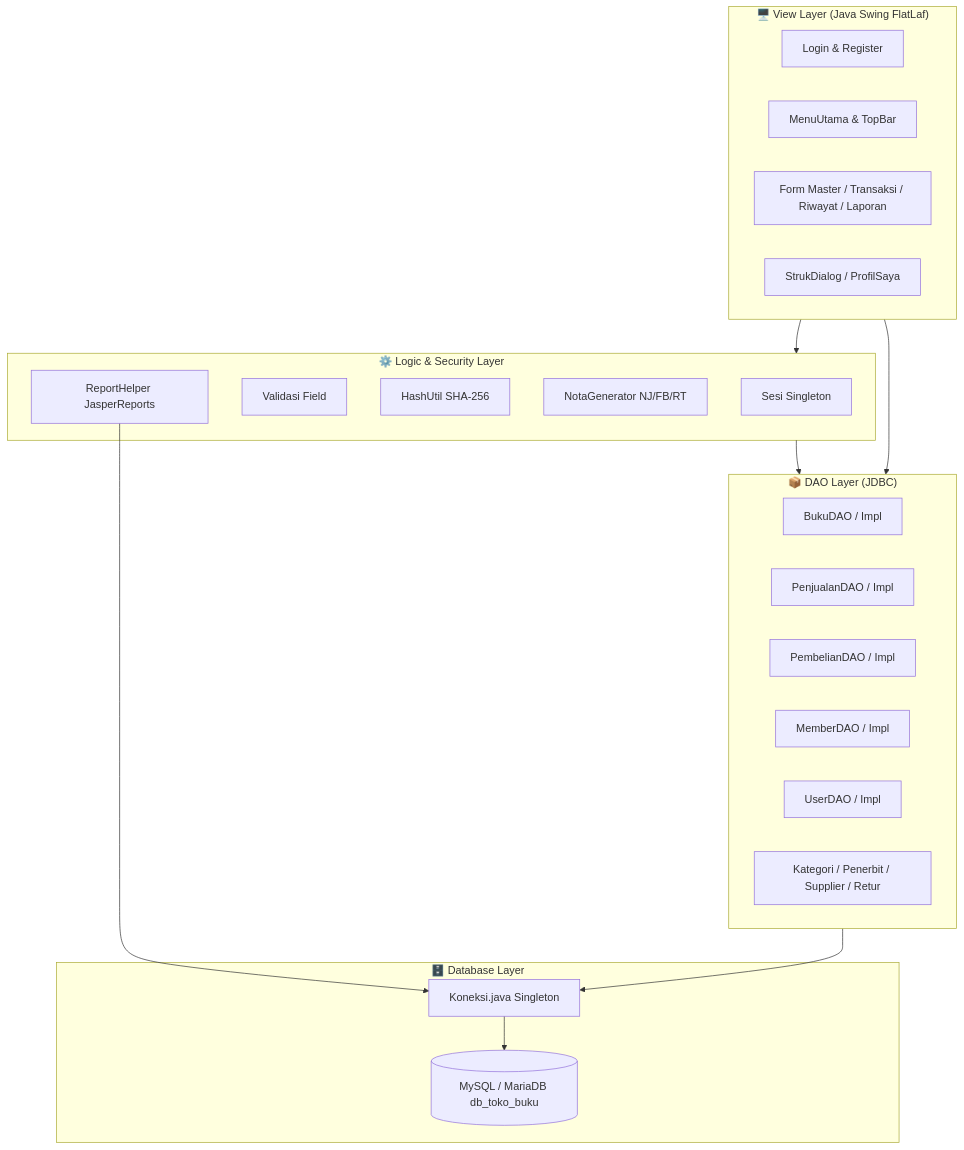
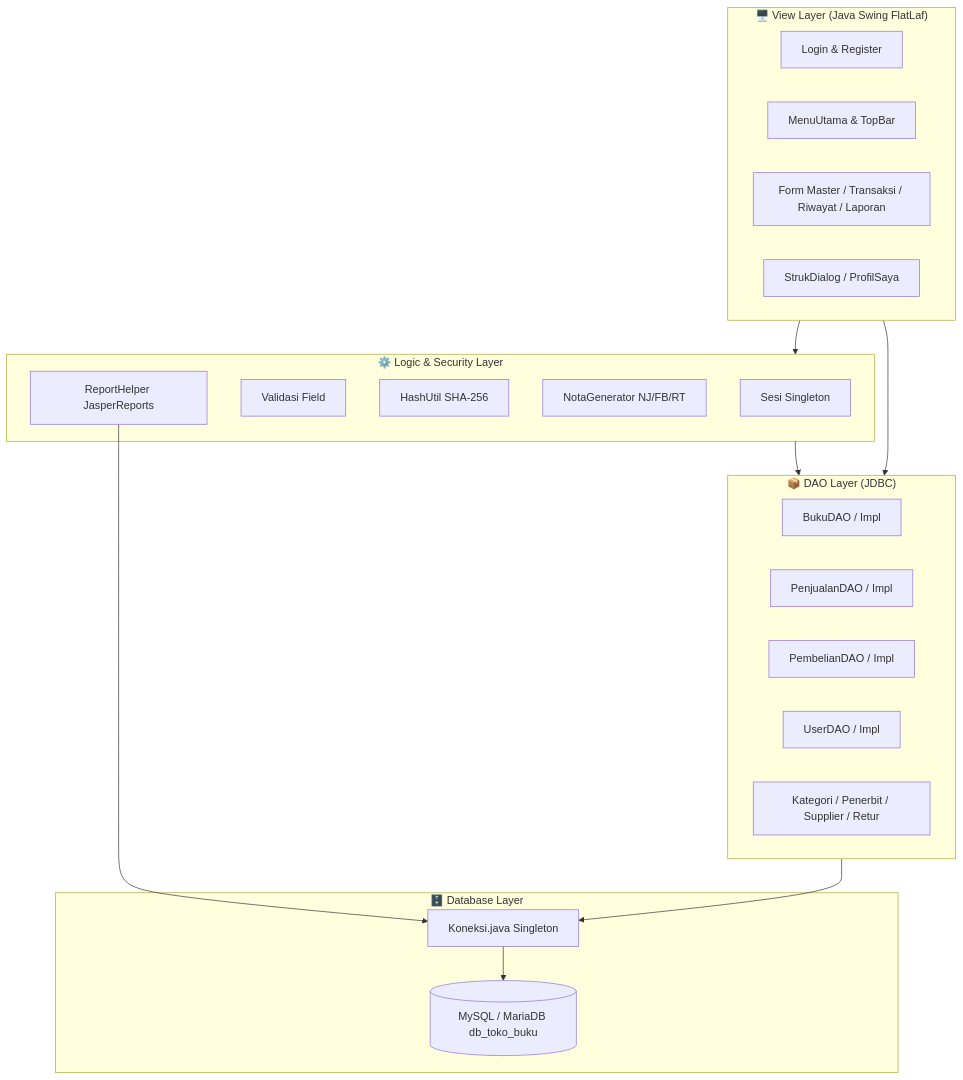
Before and after one commit to ALVINfrs/Sistem-Manajemen-Toko-Buku-Java: the diagram in README.md, drawn with Mermaid. The commit also changed other lines of this file and 19 other files, not shown here.

````diff
--- a/README.md
+++ b/README.md
@@ -217,38 +216,37 @@
 ```mermaid
 flowchart TD
     subgraph UI_Layer ["🖥️ View Layer (Java Swing FlatLaf)"]
         Login[Login & Register]
         Menu[MenuUtama & TopBar]
         Forms[Form Master / Transaksi / Riwayat / Laporan]
         Dialogs[StrukDialog / ProfilSaya]
     end
 
     subgraph Business_Layer ["⚙️ Logic & Security Layer"]
         Sesi[Sesi Singleton]
         Validasi[Validasi Field]
         Hash[HashUtil SHA-256]
         NotaGen[NotaGenerator NJ/FB/RT]
         ReportH[ReportHelper JasperReports]
     end
 
     subgraph Data_Layer ["📦 DAO Layer (JDBC)"]
         DAO_Buku[BukuDAO / Impl]
         DAO_Penjualan[PenjualanDAO / Impl]
         DAO_Pembelian[PembelianDAO / Impl]
-        DAO_Member[MemberDAO / Impl]
         DAO_User[UserDAO / Impl]
         DAO_Lain[Kategori / Penerbit / Supplier / Retur]
     end
 
     subgraph Persistence ["🗄️ Database Layer"]
         Koneksi[Koneksi.java Singleton]
         MySQL[(MySQL / MariaDB db_toko_buku)]
     end
 
     UI_Layer --> Business_Layer
     Business_Layer --> Data_Layer
     UI_Layer --> Data_Layer
     Data_Layer --> Koneksi
     ReportH --> Koneksi
     Koneksi --> MySQL
 ```
````
